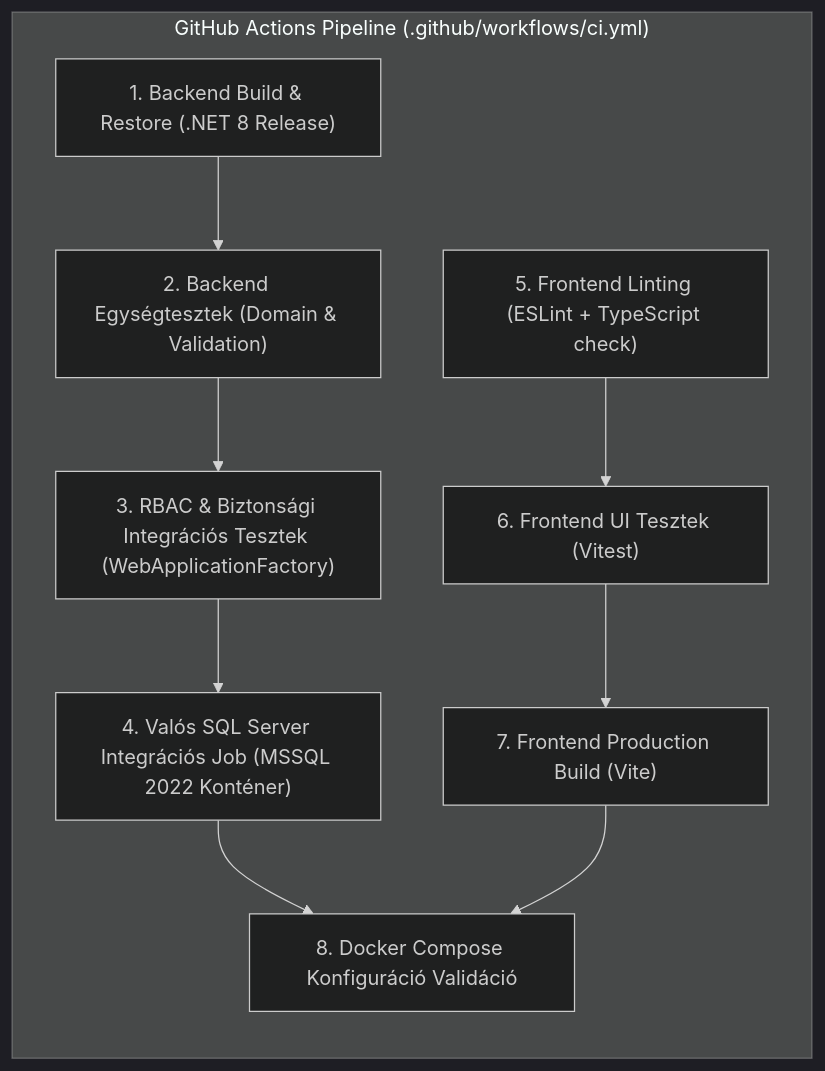
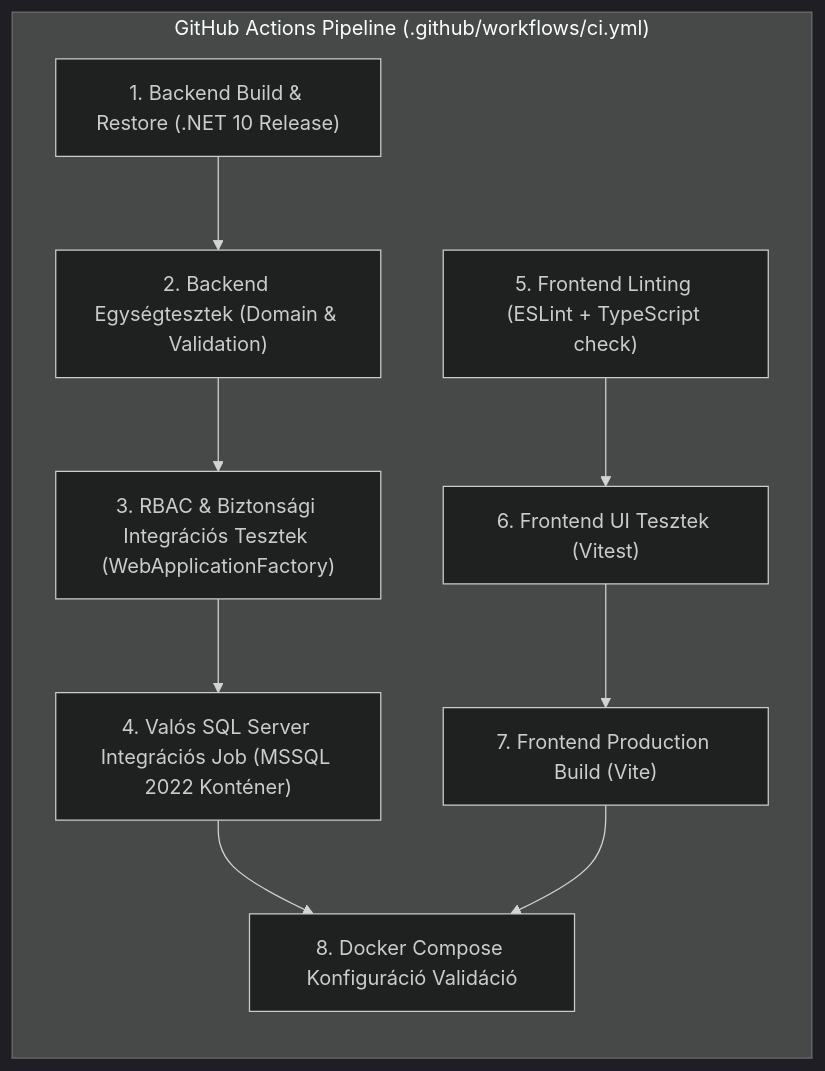
Before and after one commit to CsKitti24/ProjektLabor: the fourth of 4 diagrams in projektterv.md, drawn with Mermaid (dark theme). The commit also changed other lines of this file and 65 other files, not shown here.

````diff
--- a/projektterv.md
+++ b/projektterv.md
@@ -395,19 +395,19 @@
 ```mermaid
 flowchart TD
     subgraph CI["GitHub Actions Pipeline (.github/workflows/ci.yml)"]
         direction TB
-        B_Build["1. Backend Build & Restore (.NET 8 Release)"]
+        B_Build["1. Backend Build & Restore (.NET 10 Release)"]
         B_Unit["2. Backend Egységtesztek (Domain & Validation)"]
         B_RBAC["3. RBAC & Biztonsági Integrációs Tesztek (WebApplicationFactory)"]
         SQL_Job["4. Valós SQL Server Integrációs Job (MSSQL 2022 Konténer)"]
         F_Lint["5. Frontend Linting (ESLint + TypeScript check)"]
         F_Test["6. Frontend UI Tesztek (Vitest)"]
         F_Build["7. Frontend Production Build (Vite)"]
         D_Comp["8. Docker Compose Konfiguráció Validáció"]
         
         B_Build --> B_Unit --> B_RBAC --> SQL_Job
         F_Lint --> F_Test --> F_Build
         SQL_Job --> D_Comp
         F_Build --> D_Comp
     end
 ```
````
